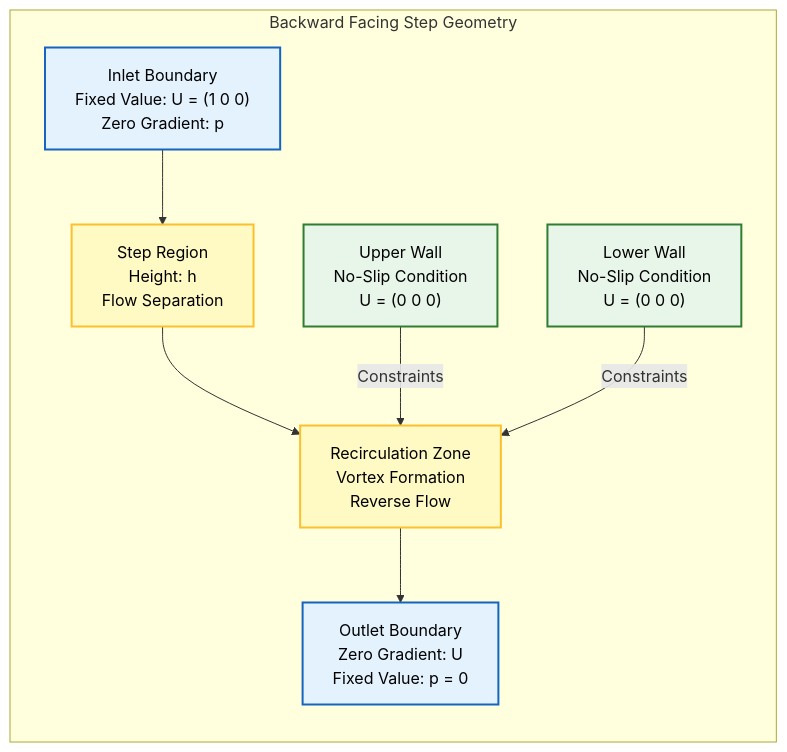
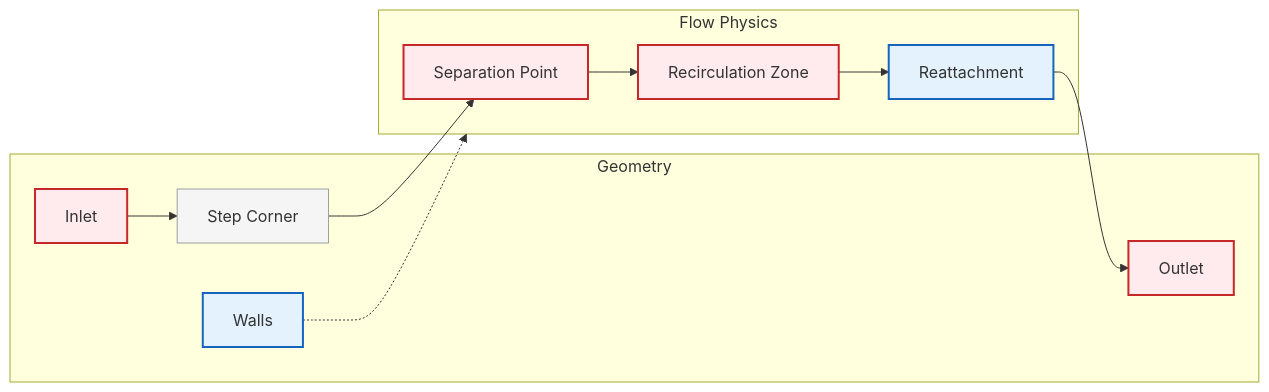
The fifth of 6 diagrams in MODULE_01_CFD_FUNDAMENTALS/CONTENT/03_BOUNDARY_CONDITIONS/07_Troubleshooting_Boundary_Conditions.md (wramet/build-my-cfd), drawn with Mermaid before and after one commit. The commit also changed other lines of this file and 313 other files, not shown here.

Commit message:
Revise all diagram

````diff
--- a/MODULE_01_CFD_FUNDAMENTALS/CONTENT/03_BOUNDARY_CONDITIONS/07_Troubleshooting_Boundary_Conditions.md
+++ b/MODULE_01_CFD_FUNDAMENTALS/CONTENT/03_BOUNDARY_CONDITIONS/07_Troubleshooting_Boundary_Conditions.md
@@ -688,27 +668,28 @@
 ```mermaid
 graph LR
-    subgraph "Backward Facing Step Geometry"
-        IN["Inlet Boundary<br/>Fixed Value: U = (1 0 0)<br/>Zero Gradient: p"]
-        STEP["Step Region<br/>Height: h<br/>Flow Separation"]
-        REC["Recirculation Zone<br/>Vortex Formation<br/>Reverse Flow"]
-        WALL1["Upper Wall<br/>No-Slip Condition<br/>U = (0 0 0)"]
-        WALL2["Lower Wall<br/>No-Slip Condition<br/>U = (0 0 0)"]
-        OUT["Outlet Boundary<br/>Zero Gradient: U<br/>Fixed Value: p = 0"]
+%% Backward Facing Step
+subgraph Geometry ["Geometry"]
+    Inlet["Inlet"]:::explicit
+    Step["Step Corner"]:::context
+    Wall["Walls"]:::implicit
+    Outlet["Outlet"]:::explicit
+end
 
-        IN --> STEP
-        STEP --> REC
-        REC --> OUT
-        WALL1 --"Constraints"--> REC
-        WALL2 --"Constraints"--> REC
-    end
+subgraph Physics ["Flow Physics"]
+    Sep["Separation Point"]:::explicit
+    Recirc["Recirculation Zone"]:::explicit
+    Reattach["Reattachment"]:::implicit
+end
 
-    %% Styling Definitions
-    classDef process fill:#e3f2fd,stroke:#1565c0,stroke-width:2px,color:#000;
-    classDef decision fill:#fff9c4,stroke:#fbc02d,stroke-width:2px,color:#000;
-    classDef terminator fill:#ffebee,stroke:#c62828,stroke-width:2px,color:#000;
-    classDef storage fill:#e8f5e9,stroke:#2e7d32,stroke-width:2px,color:#000;
+Inlet --> Step
+Step --> Sep
+Sep --> Recirc
+Recirc --> Reattach
+Reattach --> Outlet
+Wall -.-> Physics
 
-    class IN,OUT process;
-    class STEP,REC decision;
-    class WALL1,WALL2 storage;
+%% Classes
+classDef implicit fill:#e3f2fd,stroke:#1565c0,stroke-width:2px;
+classDef explicit fill:#ffebee,stroke:#c62828,stroke-width:2px;
+classDef context fill:#f5f5f5,stroke:#9e9e9e,stroke-width:1px;
 ```
````
